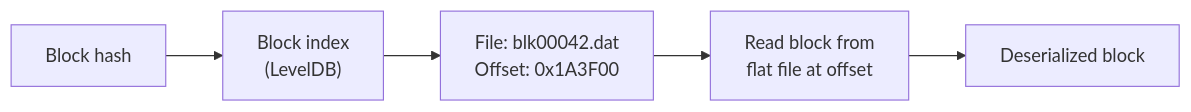
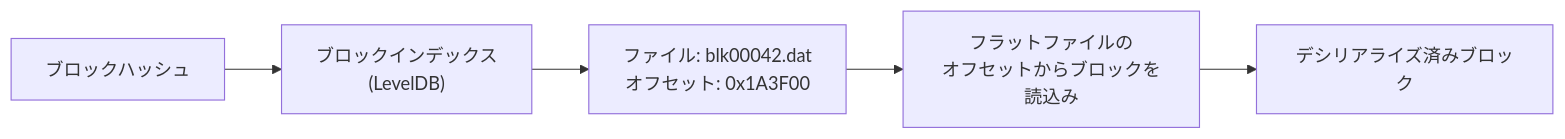
One commit to cypher256/BitcoinArchive changed the fourth of 7 diagrams in src/data/translations/ja/design/2009-01-03-bitcoin-storage-design.md. Above: the diagram before and after it, drawn with Mermaid. The commit also changed other lines of this file and 11 other files, not shown here.

````diff
--- a/src/data/translations/ja/design/2009-01-03-bitcoin-storage-design.md
+++ b/src/data/translations/ja/design/2009-01-03-bitcoin-storage-design.md
@@ -181,7 +181,7 @@
 ```mermaid
 flowchart LR
-    HASH["Block hash"] --> IDX["Block index<br/>(LevelDB)"]
-    IDX --> POS["File: blk00042.dat<br/>Offset: 0x1A3F00"]
-    POS --> READ["Read block from<br/>flat file at offset"]
-    READ --> BLOCK["Deserialized block"]
+    HASH["ブロックハッシュ"] --> IDX["ブロックインデックス<br/>(LevelDB)"]
+    IDX --> POS["ファイル: blk00042.dat<br/>オフセット: 0x1A3F00"]
+    POS --> READ["フラットファイルの<br/>オフセットからブロックを読込み"]
+    READ --> BLOCK["デシリアライズ済みブロック"]
 ```
````
